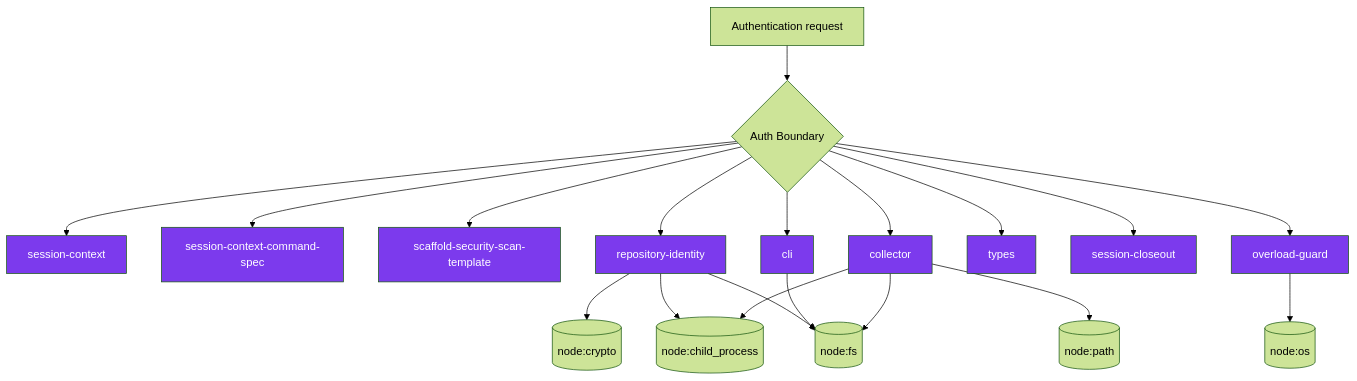
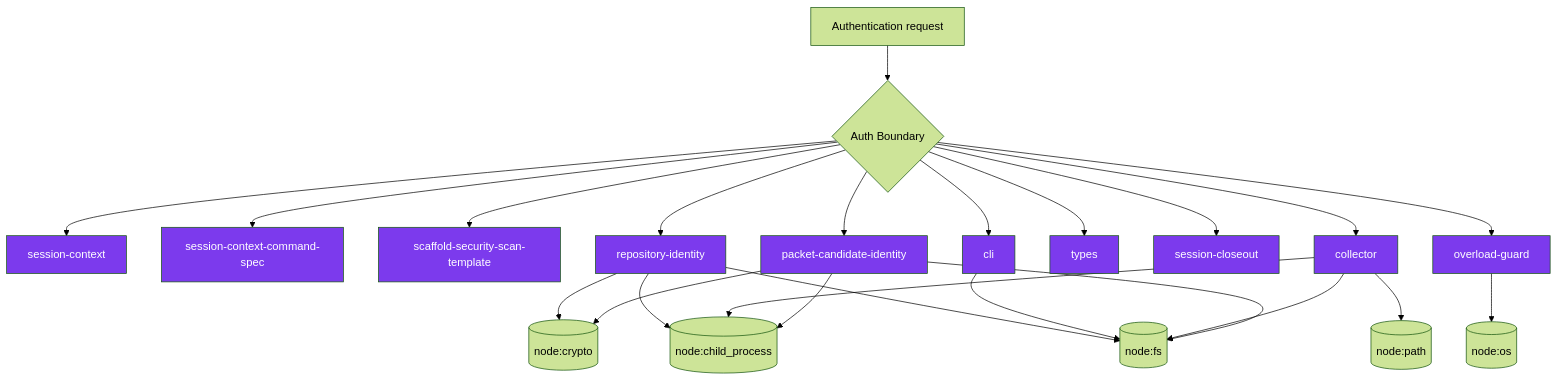
Before and after one commit to jscraik/coding-harness: the third of 14 diagrams in AI/context/diagram-context.md, drawn with Mermaid (forest theme). The commit also changed other lines of this file and 73 other files, not shown here.

````diff
--- a/AI/context/diagram-context.md
+++ b/AI/context/diagram-context.md
@@ -484,40 +513,45 @@
 ```mermaid
 flowchart TD
   Request["Authentication request"]
   Boundary{"Auth Boundary"}
   Request --> Boundary
   session_context_e5ec72c0["session-context"]
   Boundary --> session_context_e5ec72c0
   session_context_command_spec_973afbb1["session-context-command-spec"]
   Boundary --> session_context_command_spec_973afbb1
   scaffold_security_scan_template_55bc7465["scaffold-security-scan-template"]
   Boundary --> scaffold_security_scan_template_55bc7465
   repository_identity_9dc13d37["repository-identity"]
   Boundary --> repository_identity_9dc13d37
   cli_13_ae2ba749["cli"]
   Boundary --> cli_13_ae2ba749
   collector_1_bc604d2a["collector"]
   Boundary --> collector_1_bc604d2a
   types_36_674380ec["types"]
   Boundary --> types_36_674380ec
   session_closeout_f3efb270["session-closeout"]
   Boundary --> session_closeout_f3efb270
+  packet_candidate_identity_170576d1["packet-candidate-identity"]
+  Boundary --> packet_candidate_identity_170576d1
   overload_guard_2748c559["overload-guard"]
   Boundary --> overload_guard_2748c559
   ext_node_crypto_879f6cbe[("node:crypto")]
   ext_node_child_process_cb73900b[("node:child_process")]
   ext_node_fs_df6b52af[("node:fs")]
   ext_node_path_0e7d56ab[("node:path")]
   ext_node_os_e9717731[("node:os")]
   repository_identity_9dc13d37 --> ext_node_crypto_879f6cbe
   repository_identity_9dc13d37 --> ext_node_child_process_cb73900b
   repository_identity_9dc13d37 --> ext_node_fs_df6b52af
   cli_13_ae2ba749 --> ext_node_fs_df6b52af
   collector_1_bc604d2a --> ext_node_child_process_cb73900b
   collector_1_bc604d2a --> ext_node_fs_df6b52af
   collector_1_bc604d2a --> ext_node_path_0e7d56ab
+  packet_candidate_identity_170576d1 --> ext_node_child_process_cb73900b
+  packet_candidate_identity_170576d1 --> ext_node_crypto_879f6cbe
+  packet_candidate_identity_170576d1 --> ext_node_fs_df6b52af
   overload_guard_2748c559 --> ext_node_os_e9717731
   classDef authNode fill:#7c3aed,color:#fff
-  class session_context_e5ec72c0,session_context_command_spec_973afbb1,scaffold_security_scan_template_55bc7465,repository_identity_9dc13d37,cli_13_ae2ba749,collector_1_bc604d2a,types_36_674380ec,session_closeout_f3efb270,overload_guard_2748c559 authNode
+  class session_context_e5ec72c0,session_context_command_spec_973afbb1,scaffold_security_scan_template_55bc7465,repository_identity_9dc13d37,cli_13_ae2ba749,collector_1_bc604d2a,types_36_674380ec,session_closeout_f3efb270,packet_candidate_identity_170576d1,overload_guard_2748c559 authNode
 
 ```
````
